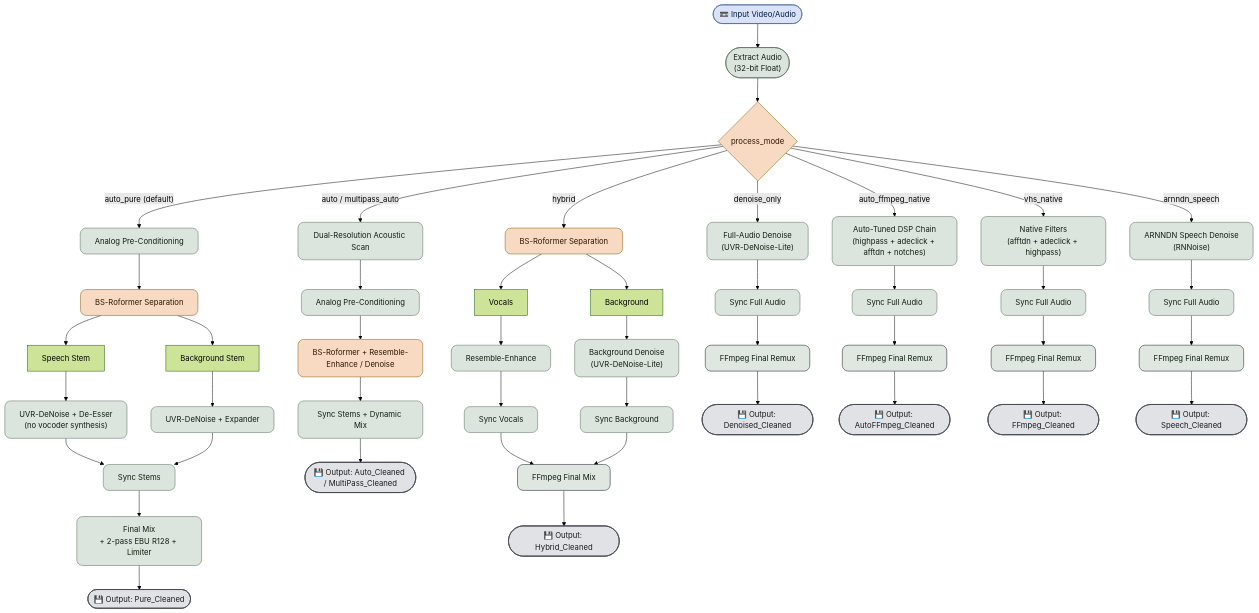
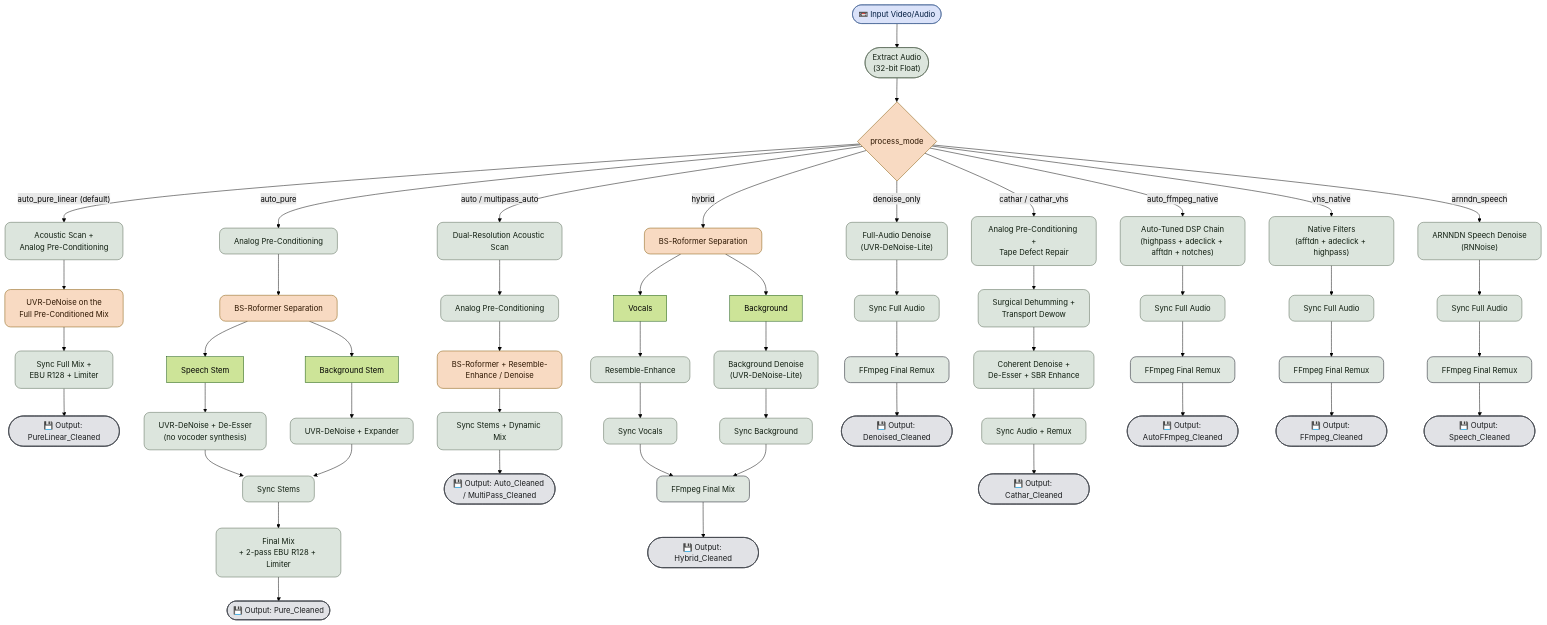
The first of 2 diagrams in README.md (ventura8/AI-Hybrid-VHS-Audio-Restorer), drawn with Mermaid (forest theme) before and after one commit. The commit also changed other lines of this file and 96 other files, not shown here.

````diff
--- a/README.md
+++ b/README.md
@@ -147,66 +216,77 @@
 ```mermaid
 flowchart TD
 %% Material You (Material 3) Muted Tonal Palette
 classDef input fill:#DAE2F9,stroke:#3F5F91,stroke-width:1px,color:#001B3E,rx:40,ry:40;
 classDef processing fill:#DCE5DD,stroke:#526350,stroke-width:1px,color:#101E10,rx:12,ry:12;
 classDef model fill:#F8DAC2,stroke:#825500,stroke-width:1px,color:#2D1600,rx:12,ry:12;
 classDef output fill:#E1E2E6,stroke:#44474E,stroke-width:1.5px,color:#1A1C1E,rx:40,ry:40;
 
 A(["📼 Input Video/Audio"]):::input --> B(["Extract Audio<br/>(32-bit Float)"]):::processing
 B --> MODE{"process_mode"}:::model
 
-MODE -->|"auto_pure (default)"| PP["Analog Pre-Conditioning"]:::processing
+MODE -->|"auto_pure_linear (default)"| LP1["Acoustic Scan +<br/>Analog Pre-Conditioning"]:::processing
+LP1 --> LP2["UVR-DeNoise on the<br/>Full Pre-Conditioned Mix"]:::model
+LP2 --> LP3["Sync Full Mix +<br/>EBU R128 + Limiter"]:::processing
+LP3 --> LPOUT(["💾 Output: PureLinear_Cleaned"]):::output
+
+MODE -->|"auto_pure"| PP["Analog Pre-Conditioning"]:::processing
 PP --> PS["BS-Roformer Separation"]:::model
 PS --> PV["Speech Stem"]
 PS --> PB["Background Stem"]
 PV --> PVD["UVR-DeNoise + De-Esser<br/>(no vocoder synthesis)"]:::processing
 PB --> PBD["UVR-DeNoise + Expander"]:::processing
 PVD --> PSY["Sync Stems"]:::processing
 PBD --> PSY
 PSY --> PMIX["Final Mix<br/>+ 2-pass EBU R128 + Limiter"]:::processing
 PMIX --> POUT(["💾 Output: Pure_Cleaned"]):::output
 
 MODE -->|"auto / multipass_auto"| AP1["Dual-Resolution Acoustic Scan"]:::processing
 AP1 --> AP2["Analog Pre-Conditioning"]:::processing
 AP2 --> AP3["BS-Roformer + Resemble-Enhance / Denoise"]:::model
 AP3 --> AP4["Sync Stems + Dynamic Mix"]:::processing
 AP4 --> APOUT(["💾 Output: Auto_Cleaned / MultiPass_Cleaned"]):::output
 
 MODE -->|"hybrid"| RO["BS-Roformer Separation"]:::model
 RO --> V["Vocals"]
 RO --> I["Background"]
 V --> VE["Resemble-Enhance"]:::processing
 I --> BD["Background Denoise<br/>(UVR-DeNoise-Lite)"]:::processing
 VE --> SV["Sync Vocals"]:::processing
 BD --> SB["Sync Background"]:::processing
 SV --> HMIX["FFmpeg Final Mix"]:::processing
 SB --> HMIX
 HMIX --> HOUT(["💾 Output: Hybrid_Cleaned"]):::output
 
 MODE -->|"denoise_only"| FD["Full-Audio Denoise<br/>(UVR-DeNoise-Lite)"]:::processing
 FD --> FS["Sync Full Audio"]:::processing
 FS --> FMUX["FFmpeg Final Remux"]:::processing
 FMUX --> FOUT(["💾 Output: Denoised_Cleaned"]):::output
 
+MODE -->|"cathar / cathar_vhs"| CP1["Analog Pre-Conditioning +<br/>Tape Defect Repair"]:::processing
+CP1 --> CP2["Surgical Dehumming +<br/>Transport Dewow"]:::processing
+CP2 --> CP3["Coherent Denoise +<br/>De-Esser + SBR Enhance"]:::processing
+CP3 --> CP4["Sync Audio + Remux"]:::processing
+CP4 --> CPOUT(["💾 Output: Cathar_Cleaned"]):::output
+
 MODE -->|"auto_ffmpeg_native"| AFN["Auto-Tuned DSP Chain<br/>(highpass + adeclick + afftdn + notches)"]:::processing
 AFN --> AFS["Sync Full Audio"]:::processing
 AFS --> AFMIX["FFmpeg Final Remux"]:::processing
 AFMIX --> AFOUT(["💾 Output: AutoFFmpeg_Cleaned"]):::output
 
 MODE -->|"vhs_native"| VN["Native Filters<br/>(afftdn + adeclick + highpass)"]:::processing
 VN --> VS["Sync Full Audio"]:::processing
 VS --> VMUX["FFmpeg Final Remux"]:::processing
 VMUX --> VOUT(["💾 Output: FFmpeg_Cleaned"]):::output
 
 MODE -->|"arnndn_speech"| SN["ARNNDN Speech Denoise<br/>(RNNoise)"]:::processing
 SN --> SS["Sync Full Audio"]:::processing
 SS --> SMUX["FFmpeg Final Remux"]:::processing
 SMUX --> SOUT(["💾 Output: Speech_Cleaned"]):::output
 
 %% Material You Subgraph Styling (Subtle Contours)
 style HMIX fill:#DCE5DD,stroke:#44474E,stroke-width:1.5px,opacity:0.9
 style FMUX fill:#DCE5DD,stroke:#44474E,stroke-width:1.5px,opacity:0.9
 style AFMIX fill:#DCE5DD,stroke:#44474E,stroke-width:1.5px,opacity:0.9
 style VMUX fill:#DCE5DD,stroke:#44474E,stroke-width:1.5px,opacity:0.9
 style SMUX fill:#DCE5DD,stroke:#44474E,stroke-width:1.5px,opacity:0.9
 ```
````
